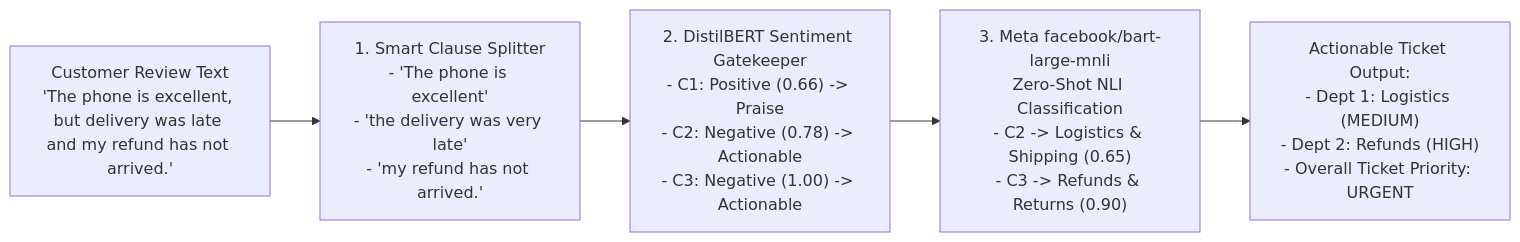
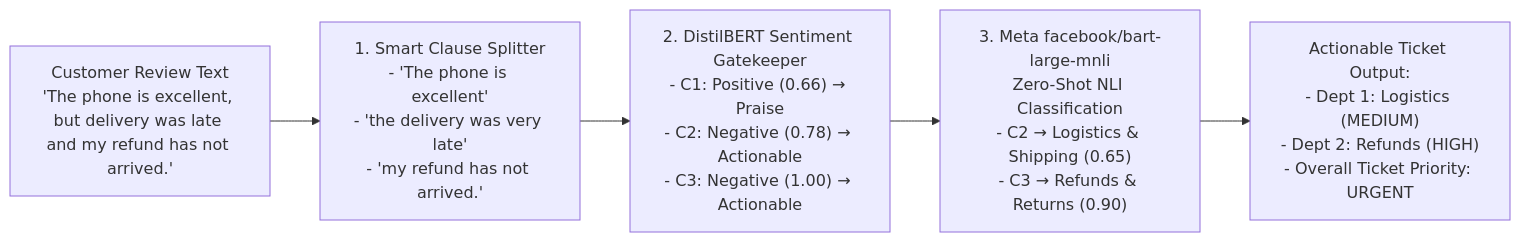
Before and after one commit to ndk123-web/intelligent-review-router: the third of 3 diagrams in README.md, drawn with Mermaid. The commit also changed other lines of this file, not shown here.

Commit message:
docs: update mermaid diagram node labels and line breaks in README

````diff
--- a/README.md
+++ b/README.md
@@ -71,7 +71,7 @@
 ```mermaid
 flowchart LR
-    R["Customer Review Text\n'The phone is excellent, but delivery was late and my refund has not arrived.'"] --> CS["1. Smart Clause Splitter\n- 'The phone is excellent'\n- 'the delivery was very late'\n- 'my refund has not arrived.'"]
-    CS --> SENT["2. DistilBERT Sentiment Gatekeeper\n- C1: Positive (0.66) -> Praise\n- C2: Negative (0.78) -> Actionable\n- C3: Negative (1.00) -> Actionable"]
-    SENT --> ZS["3. Meta facebook/bart-large-mnli\nZero-Shot NLI Classification\n- C2 -> Logistics & Shipping (0.65)\n- C3 -> Refunds & Returns (0.90)"]
-    ZS --> OUT["Actionable Ticket Output:\n- Dept 1: Logistics (MEDIUM)\n- Dept 2: Refunds (HIGH)\n- Overall Ticket Priority: URGENT"]
+    R["Customer Review Text<br/>'The phone is excellent, but delivery was late and my refund has not arrived.'"] --> CS["1. Smart Clause Splitter<br/>- 'The phone is excellent'<br/>- 'the delivery was very late'<br/>- 'my refund has not arrived.'"]
+    CS --> SENT["2. DistilBERT Sentiment Gatekeeper<br/>- C1: Positive (0.66) → Praise<br/>- C2: Negative (0.78) → Actionable<br/>- C3: Negative (1.00) → Actionable"]
+    SENT --> ZS["3. Meta facebook/bart-large-mnli<br/>Zero-Shot NLI Classification<br/>- C2 → Logistics & Shipping (0.65)<br/>- C3 → Refunds & Returns (0.90)"]
+    ZS --> OUT["Actionable Ticket Output:<br/>- Dept 1: Logistics (MEDIUM)<br/>- Dept 2: Refunds (HIGH)<br/>- Overall Ticket Priority: URGENT"]
 ```
````
